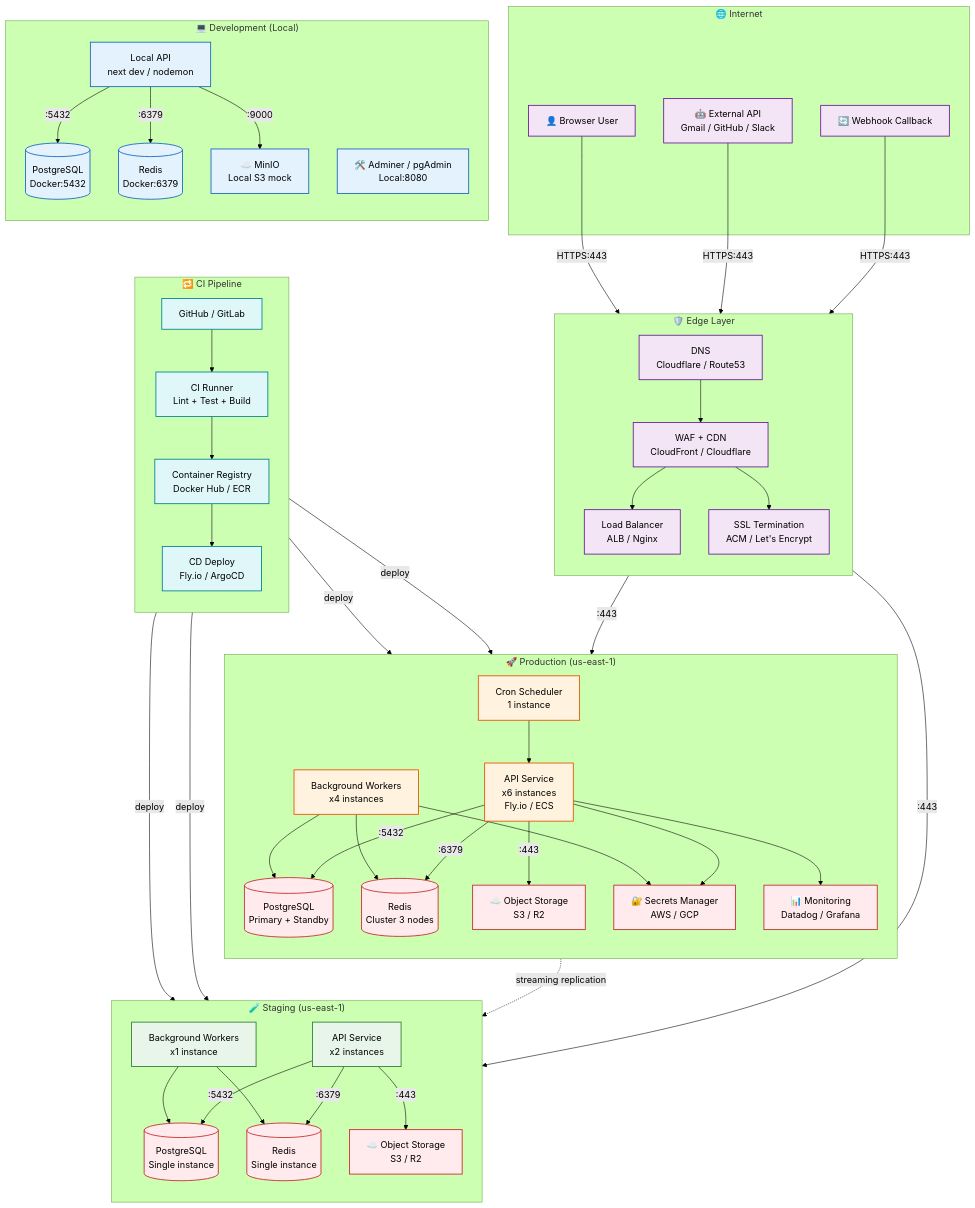
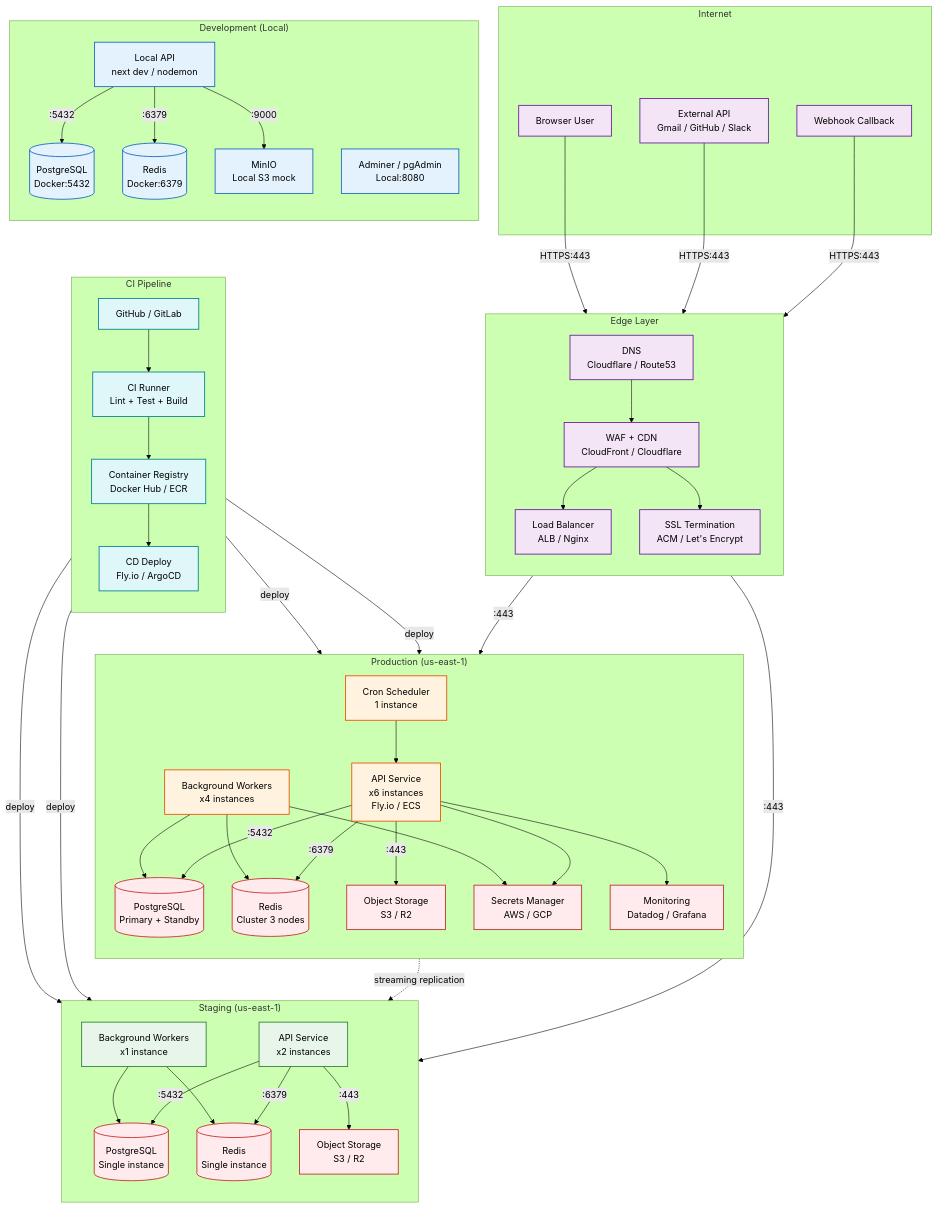
Before and after one commit to Driftloom/Vaeloom: the first of 3 diagrams in docs/devops/Deployment.md, drawn with Mermaid (forest theme). The commit also changed other lines of this file and 694 other files, not shown here.

First line of the commit message:
docs: mermaid standardization — encoding/mermaid/duplicate cleanup

````diff
--- a/docs/devops/Deployment.md
+++ b/docs/devops/Deployment.md
@@ -9,101 +9,101 @@
 ```mermaid
 graph TD
-    %% ─── Class Definitions ───
-    classDef dev fill:#e3f2fd,stroke:#1565c0,color:#000,stroke-width:1.5px
-    classDef staging fill:#e8f5e9,stroke:#2e7d32,color:#000,stroke-width:1.5px
-    classDef prod fill:#fff3e0,stroke:#e65100,color:#000,stroke-width:1.5px
-    classDef edge fill:#f3e5f5,stroke:#6a1b9a,color:#000,stroke-width:1.5px
-    classDef db fill:#ffebee,stroke:#c62828,color:#000,stroke-width:1.5px
-    classDef ci fill:#e0f7fa,stroke:#00838f,color:#000,stroke-width:1.5px
+ %% ─── Class Definitions ───
+ classDef dev fill:#e3f2fd,stroke:#1565c0,color:#000,stroke-width:1.5px
+ classDef staging fill:#e8f5e9,stroke:#2e7d32,color:#000,stroke-width:1.5px
+ classDef prod fill:#fff3e0,stroke:#e65100,color:#000,stroke-width:1.5px
+ classDef edge fill:#f3e5f5,stroke:#6a1b9a,color:#000,stroke-width:1.5px
+ classDef db fill:#ffebee,stroke:#c62828,color:#000,stroke-width:1.5px
+ classDef ci fill:#e0f7fa,stroke:#00838f,color:#000,stroke-width:1.5px
 
-    %% ─── Internet / Users ───
-    subgraph Internet["🌐 Internet"]
-        U1["👤 Browser User"]
-        U2["🤖 External API<br/>Gmail / GitHub / Slack"]
-        U3["🔄 Webhook Callback"]
-    end
+ %% ─── Internet / Users ───
+ subgraph Internet["Internet"]
+ U1["Browser User"]
+ U2["External API<br/>Gmail / GitHub / Slack"]
+ U3["Webhook Callback"]
+ end
 
-    %% ─── Edge Layer ───
-    subgraph Edge["🛡️ Edge Layer"]
-        direction TB
-        DNS["DNS<br/>Cloudflare / Route53"] --> WAF["WAF + CDN<br/>CloudFront / Cloudflare"]
-        WAF --> LB["Load Balancer<br/>ALB / Nginx"]
-        WAF --> R53["SSL Termination<br/>ACM / Let's Encrypt"]
-    end
+ %% ─── Edge Layer ───
+ subgraph Edge["Edge Layer"]
+ direction TB
+ DNS["DNS<br/>Cloudflare / Route53"]--> WAF["WAF + CDN<br/>CloudFront / Cloudflare"]
+ WAF--> LB["Load Balancer<br/>ALB / Nginx"]
+ WAF--> R53["SSL Termination<br/>ACM / Let's Encrypt"]
+ end
 
-    %% ─── Production ───
-    subgraph Prod["🚀 Production (us-east-1)"]
-        direction TB
-        PROD_API["API Service<br/>x6 instances<br/>Fly.io / ECS"]
-        PROD_WORKER["Background Workers<br/>x4 instances"]
-        PROD_CRON["Cron Scheduler<br/>1 instance"]
-        PROD_PG[("PostgreSQL<br/>Primary + Standby")]
-        PROD_REDIS[("Redis<br/>Cluster 3 nodes")]
-        PROD_S3["☁️ Object Storage<br/>S3 / R2"]
-        PROD_SM["🔐 Secrets Manager<br/>AWS / GCP"]
-        PROD_MON["📊 Monitoring<br/>Datadog / Grafana"]
-    end
+ %% ─── Production ───
+ subgraph Prod["Production (us-east-1)"]
+ direction TB
+ PROD_API["API Service<br/>x6 instances<br/>Fly.io / ECS"]
+ PROD_WORKER["Background Workers<br/>x4 instances"]
+ PROD_CRON["Cron Scheduler<br/>1 instance"]
+ PROD_PG[("PostgreSQL<br/>Primary + Standby")]
+ PROD_REDIS[("Redis<br/>Cluster 3 nodes")]
+ PROD_S3["Object Storage<br/>S3 / R2"]
+ PROD_SM["Secrets Manager<br/>AWS / GCP"]
+ PROD_MON["Monitoring<br/>Datadog / Grafana"]
+ end
 
-    %% ─── Staging ───
-    subgraph Stage["🧪 Staging (us-east-1)"]
-        direction TB
-        STG_API["API Service<br/>x2 instances"]
-        STG_WORKER["Background Workers<br/>x1 instance"]
-        STG_PG[("PostgreSQL<br/>Single instance")]
-        STG_REDIS[("Redis<br/>Single instance")]
-        STG_S3["☁️ Object Storage<br/>S3 / R2"]
-    end
+ %% ─── Staging ───
+ subgraph Stage["Staging (us-east-1)"]
+ direction TB
+ STG_API["API Service<br/>x2 instances"]
+ STG_WORKER["Background Workers<br/>x1 instance"]
+ STG_PG[("PostgreSQL<br/>Single instance")]
+ STG_REDIS[("Redis<br/>Single instance")]
+ STG_S3["Object Storage<br/>S3 / R2"]
+ end
 
-    %% ─── Development ───
-    subgraph Dev["💻 Development (Local)"]
-        direction TB
-        DEV_API["Local API<br/>next dev / nodemon"]
-        DEV_PG[("PostgreSQL<br/>Docker:5432")]
-        DEV_REDIS[("Redis<br/>Docker:6379")]
-        DEV_MINIO["☁️ MinIO<br/>Local S3 mock"]
-        DEV_DB_GUI["🛠️ Adminer / pgAdmin<br/>Local:8080"]
-    end
+ %% ─── Development ───
+ subgraph Dev["Development (Local)"]
+ direction TB
+ DEV_API["Local API<br/>next dev / nodemon"]
+ DEV_PG[("PostgreSQL<br/>Docker:5432")]
+ DEV_REDIS[("Redis<br/>Docker:6379")]
+ DEV_MINIO["MinIO<br/>Local S3 mock"]
+ DEV_DB_GUI["Adminer / pgAdmin<br/>Local:8080"]
+ end
 
-    %% ─── CI/CD ───
-    subgraph CICD["🔁 CI Pipeline"]
-        direction TB
-        GIT["GitHub / GitLab"] --> CI["CI Runner<br/>Lint + Test + Build"]
-        CI --> REGISTRY["Container Registry<br/>Docker Hub / ECR"]
-        REGISTRY --> CD["CD Deploy<br/>Fly.io / ArgoCD"]
-    end
+ %% ─── CI/CD ───
+ subgraph CICD["CI Pipeline"]
+ direction TB
+ GIT["GitHub / GitLab"]--> CI["CI Runner<br/>Lint + Test + Build"]
+ CI--> REGISTRY["Container Registry<br/>Docker Hub / ECR"]
+ REGISTRY--> CD["CD Deploy<br/>Fly.io / ArgoCD"]
+ end
 
-    %% ─── Network connections ───
-    U1 & U2 & U3 -->|HTTPS:443| DNS
-    LB -->|:443| PROD_API & STG_API
-    PROD_API -->|:5432| PROD_PG
-    PROD_API -->|:6379| PROD_REDIS
-    PROD_API -->|:443| PROD_S3
-    PROD_API --> PROD_SM
-    PROD_API --> PROD_MON
-    PROD_WORKER --> PROD_PG & PROD_REDIS & PROD_SM
-    PROD_CRON --> PROD_API
+ %% ─── Network connections ───
+ U1 & U2 & U3-->|HTTPS:443| DNS
+ LB-->|:443| PROD_API & STG_API
+ PROD_API-->|:5432| PROD_PG
+ PROD_API-->|:6379| PROD_REDIS
+ PROD_API-->|:443| PROD_S3
+ PROD_API--> PROD_SM
+ PROD_API--> PROD_MON
+ PROD_WORKER--> PROD_PG & PROD_REDIS & PROD_SM
+ PROD_CRON--> PROD_API
 
-    STG_API -->|:5432| STG_PG
-    STG_API -->|:6379| STG_REDIS
-    STG_API -->|:443| STG_S3
-    STG_WORKER --> STG_PG & STG_REDIS
+ STG_API-->|:5432| STG_PG
+ STG_API-->|:6379| STG_REDIS
+ STG_API-->|:443| STG_S3
+ STG_WORKER--> STG_PG & STG_REDIS
 
-    DEV_API -->|:5432| DEV_PG
-    DEV_API -->|:6379| DEV_REDIS
-    DEV_API -->|:9000| DEV_MINIO
+ DEV_API-->|:5432| DEV_PG
+ DEV_API-->|:6379| DEV_REDIS
+ DEV_API-->|:9000| DEV_MINIO
 
-    CD -->|deploy| PROD_API & PROD_WORKER
-    CD -->|deploy| STG_API & STG_WORKER
+ CD-->|deploy| PROD_API & PROD_WORKER
+ CD-->|deploy| STG_API & STG_WORKER
 
-    PROD_PG -.->|streaming replication| STG_PG
+ PROD_PG -.->|streaming replication| STG_PG
 
-    %% ─── Apply styles ───
-    class U1,U2,U3 edge
-    class DNS,WAF,LB,R53 edge
-    class PROD_API,PROD_WORKER,PROD_CRON prod
-    class PROD_PG,PROD_REDIS,PROD_S3,PROD_SM,PROD_MON db
-    class STG_API,STG_WORKER staging
-    class STG_PG,STG_REDIS,STG_S3 db
-    class DEV_API,DEV_PG,DEV_REDIS,DEV_MINIO,DEV_DB_GUI dev
-    class GIT,CI,REGISTRY,CD ci
+ %% ─── Apply styles ───
+ class U1,U2,U3 edge
+ class DNS,WAF,LB,R53 edge
+ class PROD_API,PROD_WORKER,PROD_CRON prod
+ class PROD_PG,PROD_REDIS,PROD_S3,PROD_SM,PROD_MON db
+ class STG_API,STG_WORKER staging
+ class STG_PG,STG_REDIS,STG_S3 db
+ class DEV_API,DEV_PG,DEV_REDIS,DEV_MINIO,DEV_DB_GUI dev
+ class GIT,CI,REGISTRY,CD ci
 ```
````
